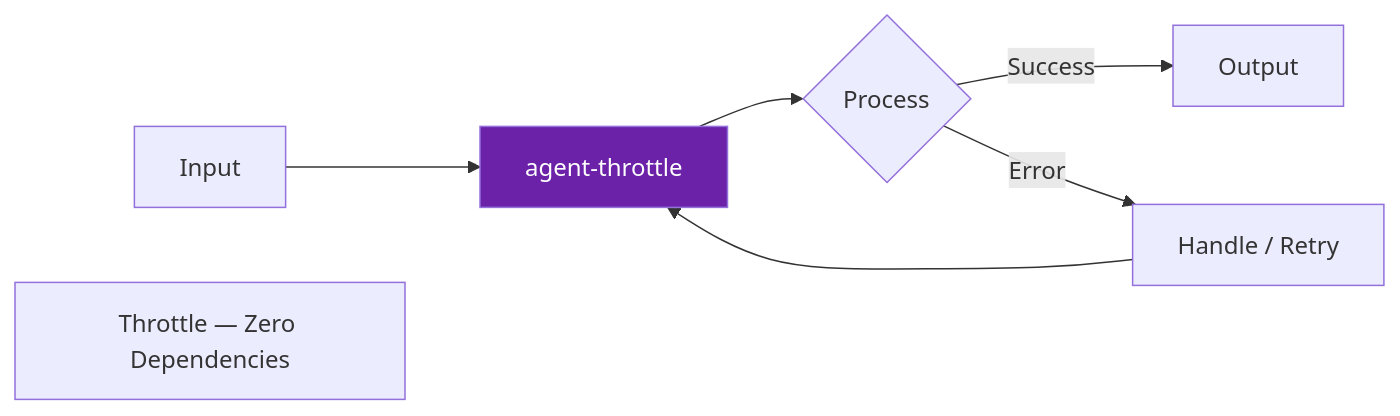
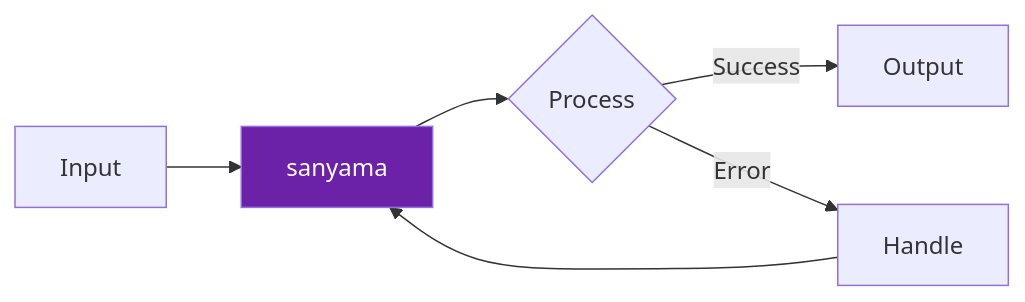
One commit to darshjme/sanyama changed the diagram in README.md. Above: the diagram before and after it, drawn with Mermaid. The commit also changed other lines of this file and 1 other file, not shown here.

First line of the commit message:
feat(vedic-v3): rename to sanyama (संयम)

````diff
--- a/README.md
+++ b/README.md
@@ -48,10 +39,9 @@
 ```mermaid
 flowchart LR
-    A[Input] --> B[agent-throttle]
+    A[Input] --> B[sanyama]
     B --> C{Process}
     C -- Success --> D[Output]
-    C -- Error --> E[Handle / Retry]
+    C -- Error --> E[Handle]
     E --> B
     style B fill:#6b21a8,color:#fff
-    note["Throttle — Zero Dependencies"]
 ```
````
